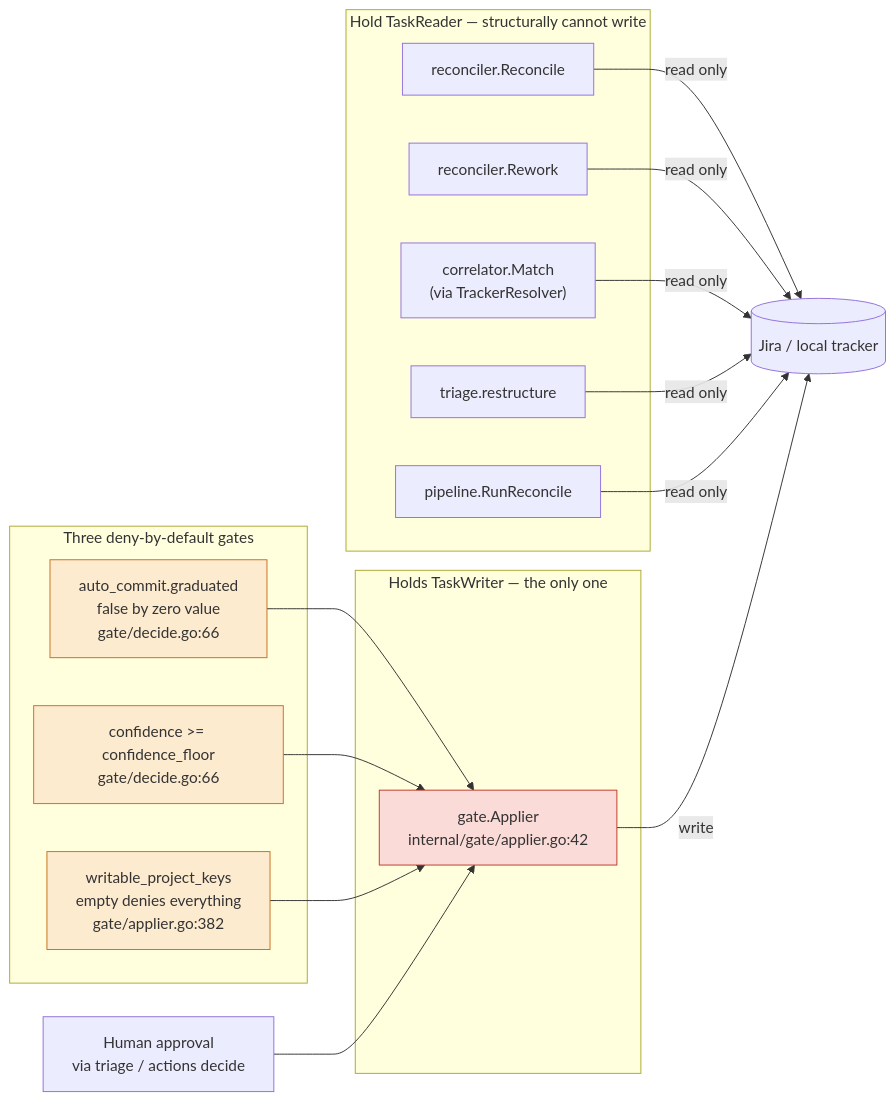
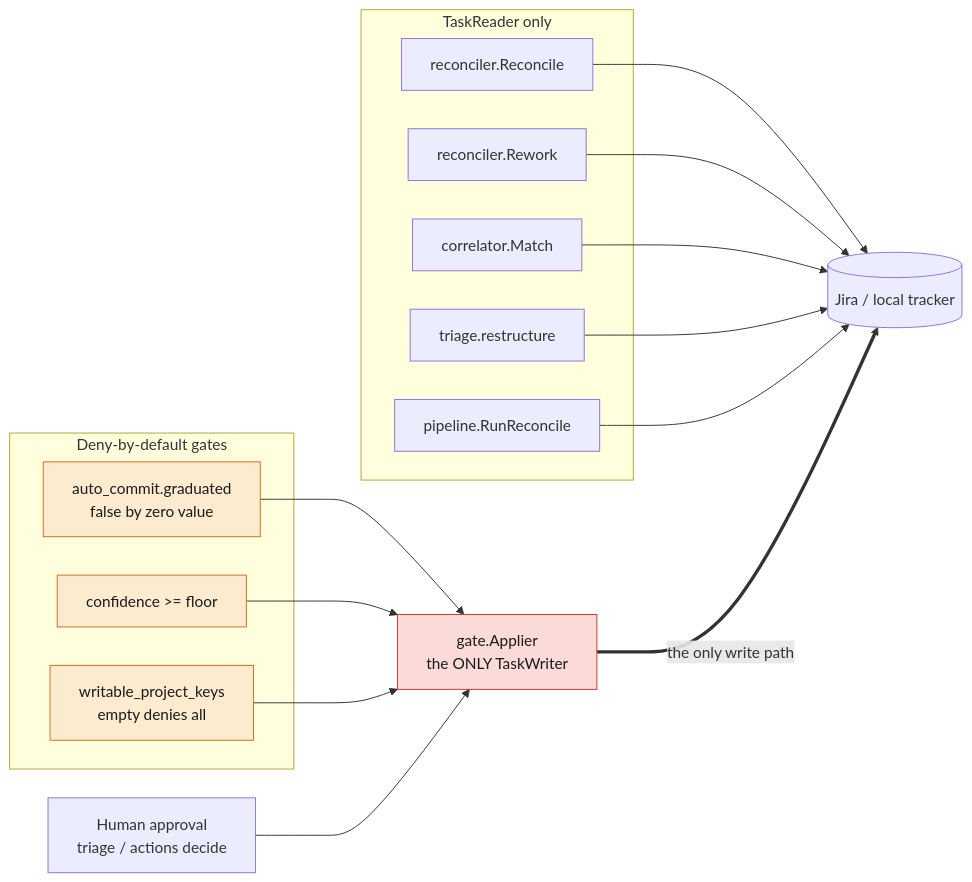
Before and after one commit to jcogilvie/unjira: the second of 4 diagrams in docs/architecture.md, drawn with Mermaid. The commit also changed other lines of this file, not shown here.

````diff
--- a/docs/architecture.md
+++ b/docs/architecture.md
@@ -94,35 +79,41 @@
 ```mermaid
+---
+config:
+  nodeSpacing: 40
+  rankSpacing: 70
+---
 flowchart LR
-    subgraph readers["Hold TaskReader — structurally cannot write"]
+    subgraph readers["TaskReader only"]
         R1["reconciler.Reconcile"]
         R2["reconciler.Rework"]
-        R3["correlator.Match<br/>(via TrackerResolver)"]
+        R3["correlator.Match"]
         R4["triage.restructure"]
         R5["pipeline.RunReconcile"]
     end
 
-    subgraph writer["Holds TaskWriter — the only one"]
-        A["gate.Applier<br/>internal/gate/applier.go:42"]
+    subgraph gates["Deny-by-default gates"]
+        G1["auto_commit.graduated<br/>false by zero value"]
+        G2["confidence >= floor"]
+        G3["writable_project_keys<br/>empty denies all"]
     end
 
-    subgraph gates["Three deny-by-default gates"]
-        G1["auto_commit.graduated<br/>false by zero value<br/>gate/decide.go:66"]
-        G2["confidence >= confidence_floor<br/>gate/decide.go:66"]
-        G3["writable_project_keys<br/>empty denies everything<br/>gate/applier.go:382"]
-    end
-
+    HUMAN["Human approval<br/>triage / actions decide"]
+    A["gate.Applier<br/>the ONLY TaskWriter"]
     TRACKER[("Jira / local tracker")]
 
-    R1 & R2 & R3 & R4 & R5 -->|"read only"| TRACKER
-    A -->|"write"| TRACKER
+    R1 --> TRACKER
+    R2 --> TRACKER
+    R3 --> TRACKER
+    R4 --> TRACKER
+    R5 --> TRACKER
     G1 --> A
     G2 --> A
     G3 --> A
+    HUMAN --> A
+    A ==>|"the only write path"| TRACKER
 
-    HUMAN["Human approval<br/>via triage / actions decide"] --> A
-
-    classDef danger fill:#fadbd8,stroke:#c0392b
-    classDef gate fill:#fdebd0,stroke:#ca6f1e
+    classDef danger fill:#fadbd8,stroke:#c0392b,color:#1a1a1a
+    classDef gate fill:#fdebd0,stroke:#ca6f1e,color:#1a1a1a
     class A danger
     class G1,G2,G3 gate
 ```
````
